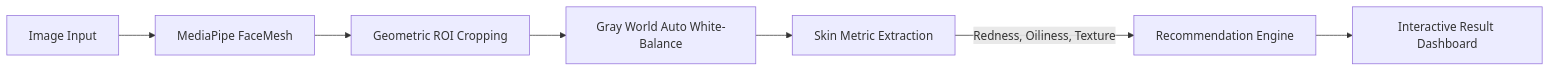
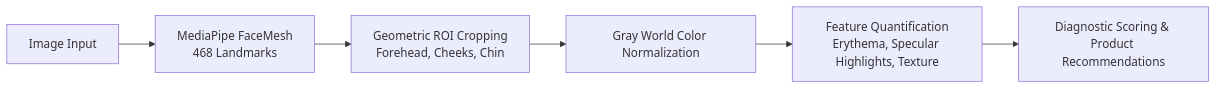
Before and after one commit to alanbodaubay/mobile-skin-diagnostic-engine: the diagram in README.md, drawn with Mermaid. The commit also changed other lines of this file, not shown here.

````diff
--- a/README.md
+++ b/README.md
@@ -29,9 +11,8 @@
 ```mermaid
 flowchart LR
-    A[Image Input] --> B[MediaPipe FaceMesh]
-    B --> C[Geometric ROI Cropping]
-    C --> D[Gray World Auto White-Balance]
-    D --> E[Skin Metric Extraction]
-    E -->|Redness, Oiliness, Texture| F[Recommendation Engine]
-    F --> G[Interactive Result Dashboard]
+    A[Image Input] --> B[MediaPipe FaceMesh\n468 Landmarks]
+    B --> C[Geometric ROI Cropping\nForehead, Cheeks, Chin]
+    C --> D[Gray World Color Normalization]
+    D --> E[Feature Quantification\nErythema, Specular Highlights, Texture]
+    E --> F[Diagnostic Scoring & Product Recommendations]
 ```
````
